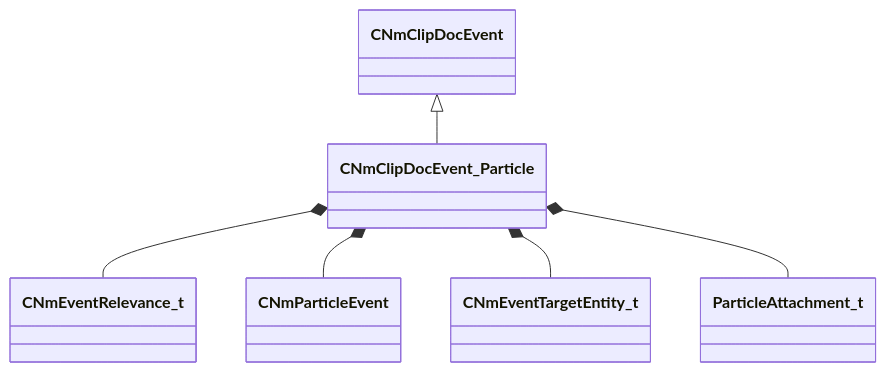
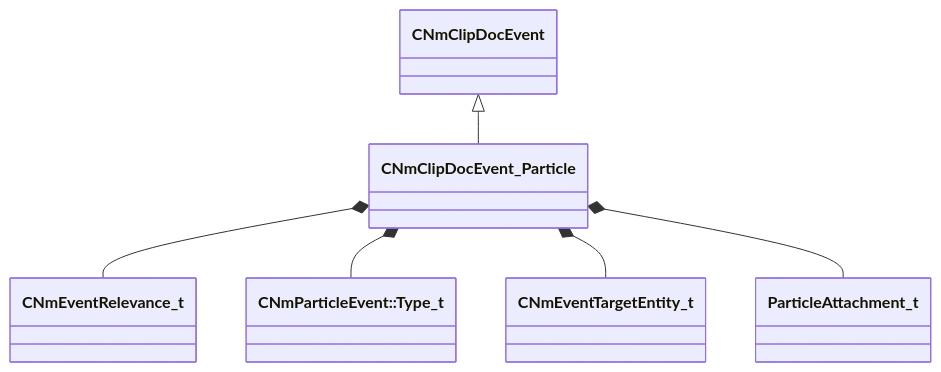
Before and after one commit to CS2OpenDev/CS2OpenDev-Docs: the diagram in docs/generated/schemas/animdoclib/CNmClipDocEvent_Particle.md, drawn with Mermaid. The commit also changed other lines of this file and 4525 other files, not shown here.

````diff
--- a/docs/generated/schemas/animdoclib/CNmClipDocEvent_Particle.md
+++ b/docs/generated/schemas/animdoclib/CNmClipDocEvent_Particle.md
@@ -17,8 +19,8 @@
 ```mermaid
 classDiagram
     CNmClipDocEvent <|-- CNmClipDocEvent_Particle
     CNmClipDocEvent_Particle *-- CNmEventRelevance_t
-    CNmClipDocEvent_Particle *-- CNmParticleEvent
+    CNmClipDocEvent_Particle *-- `CNmParticleEvent::Type_t`
     CNmClipDocEvent_Particle *-- CNmEventTargetEntity_t
     CNmClipDocEvent_Particle *-- ParticleAttachment_t
 ```
````
